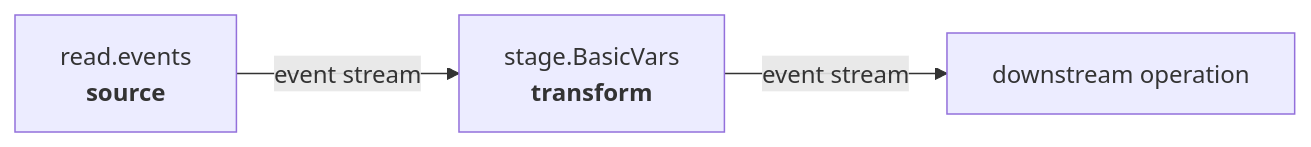
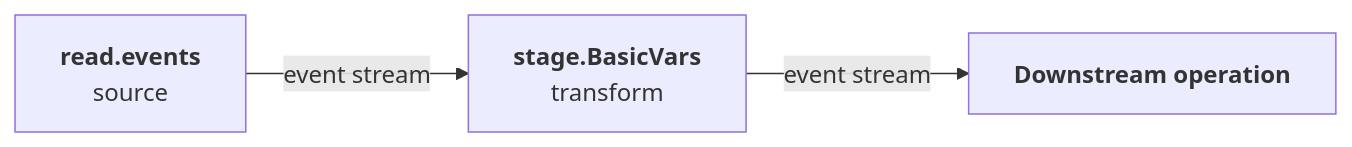
The first of 2 diagrams in docs/extending/sources.md (FAST-HEP/fasthep-flow), drawn with Mermaid before and after one commit. The commit also changed other lines of this file and 9 other files, not shown here.

````diff
--- a/docs/extending/sources.md
+++ b/docs/extending/sources.md
@@ -61,9 +61,9 @@
 ```{mermaid}
 flowchart LR
-    Source["read.events<br/><b>source</b>"]
-    Transform["stage.BasicVars<br/><b>transform</b>"]
-    Consumer["downstream operation"]
+    Source["<b>read.events</b><br/>source"]:::source
+    Transform["<b>stage.BasicVars</b><br/>transform"]:::transform
+    Consumer["<b>Downstream operation</b>"]:::transform
 
     Source -->|event stream| Transform
     Transform -->|event stream| Consumer
 ```
````
